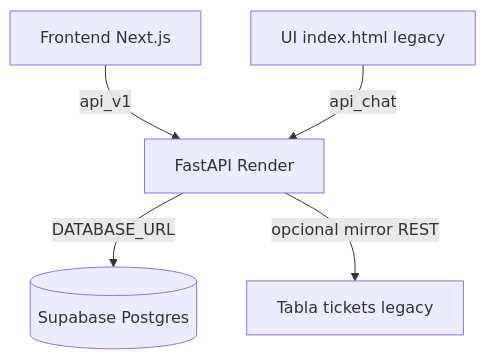
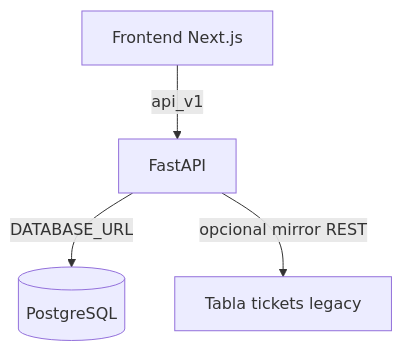
Before and after one commit to gabrielcasaliggi/imowi-copilot: the diagram in docs/ARQUITECTURA_PLATAFORMA.md, drawn with Mermaid. The commit also changed other lines of this file and 31 other files, not shown here.

````diff
--- a/docs/ARQUITECTURA_PLATAFORMA.md
+++ b/docs/ARQUITECTURA_PLATAFORMA.md
@@ -9,7 +9,6 @@
 ```mermaid
 flowchart TB
-    nextjs[Frontend Next.js] -->|api_v1| fastapi[FastAPI Render]
-    legacy[UI index.html legacy] -->|api_chat| fastapi
-    fastapi -->|DATABASE_URL| postgres[(Supabase Postgres)]
+    nextjs[Frontend Next.js] -->|api_v1| fastapi[FastAPI]
+    fastapi -->|DATABASE_URL| postgres[(PostgreSQL)]
     fastapi -->|opcional mirror REST| supabaseRest[Tabla tickets legacy]
 ```
````
